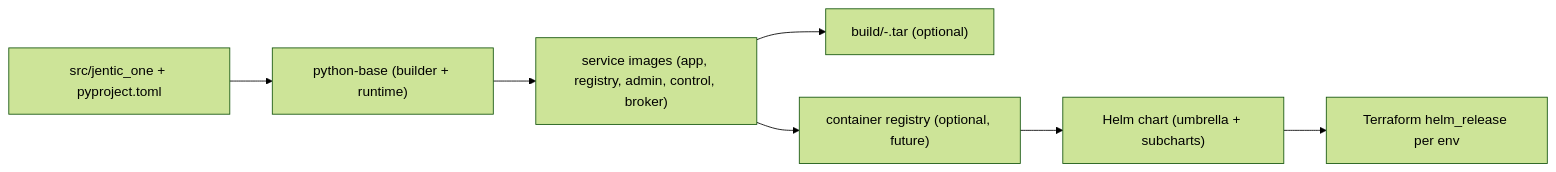
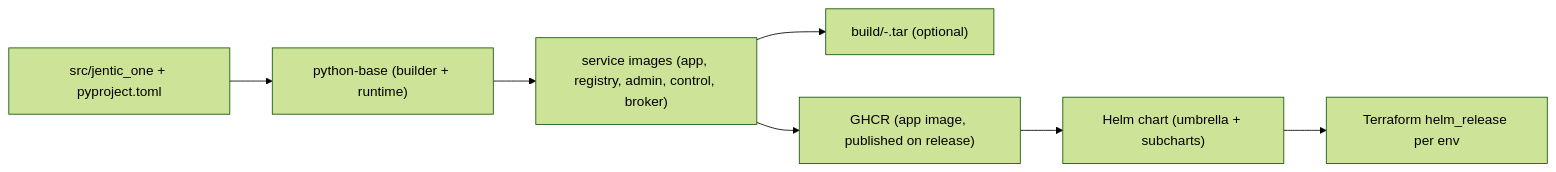
One commit to jentic/jentic-one changed the diagram in deploy/README.md. Above: the diagram before and after it, drawn with Mermaid (forest theme). The commit also changed other lines of this file and 6 other files, not shown here.

````diff
--- a/deploy/README.md
+++ b/deploy/README.md
@@ -57,9 +57,9 @@
 ```mermaid
 flowchart LR
     src["src/jentic_one + pyproject.toml"] --> base["python-base (builder + runtime)"]
     base --> images["service images (app, registry, admin, control, broker)"]
     images --> tar["build/<svc>-<ver>.tar (optional)"]
-    images --> registry["container registry (optional, future)"]
+    images --> registry["GHCR (app image, published on release)"]
     registry --> chart["Helm chart (umbrella + subcharts)"]
     chart --> tf["Terraform helm_release per env"]
 ```
````
